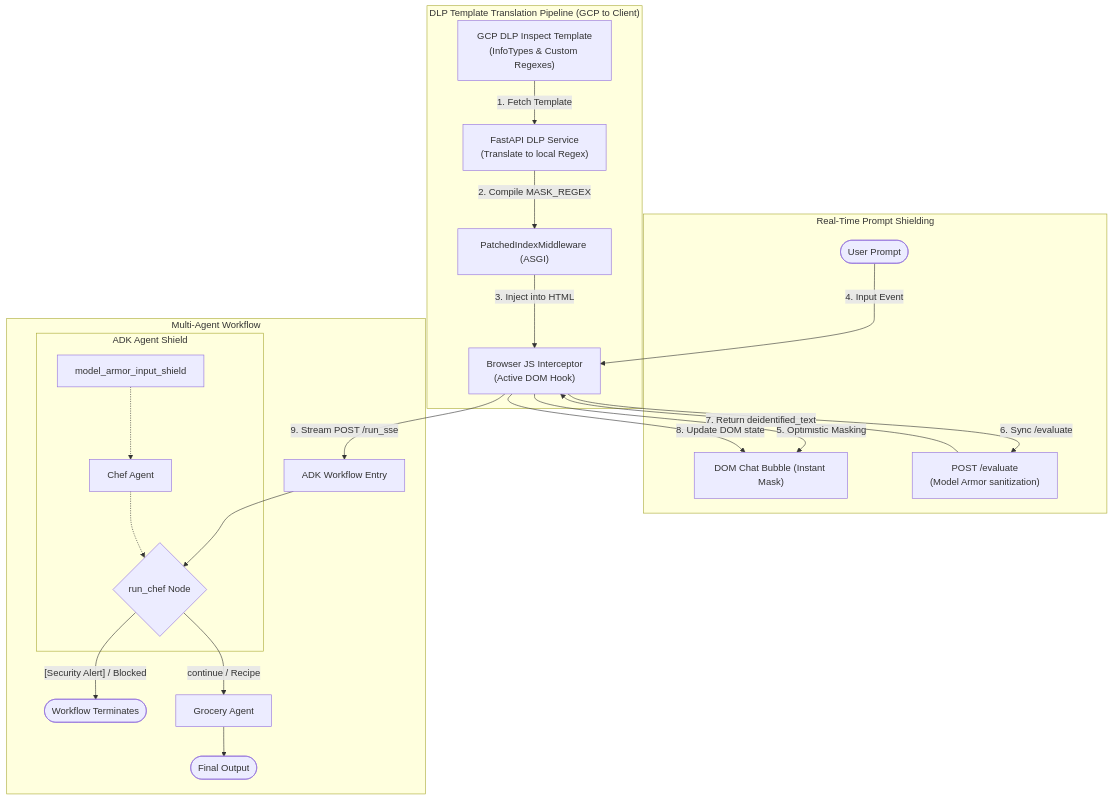
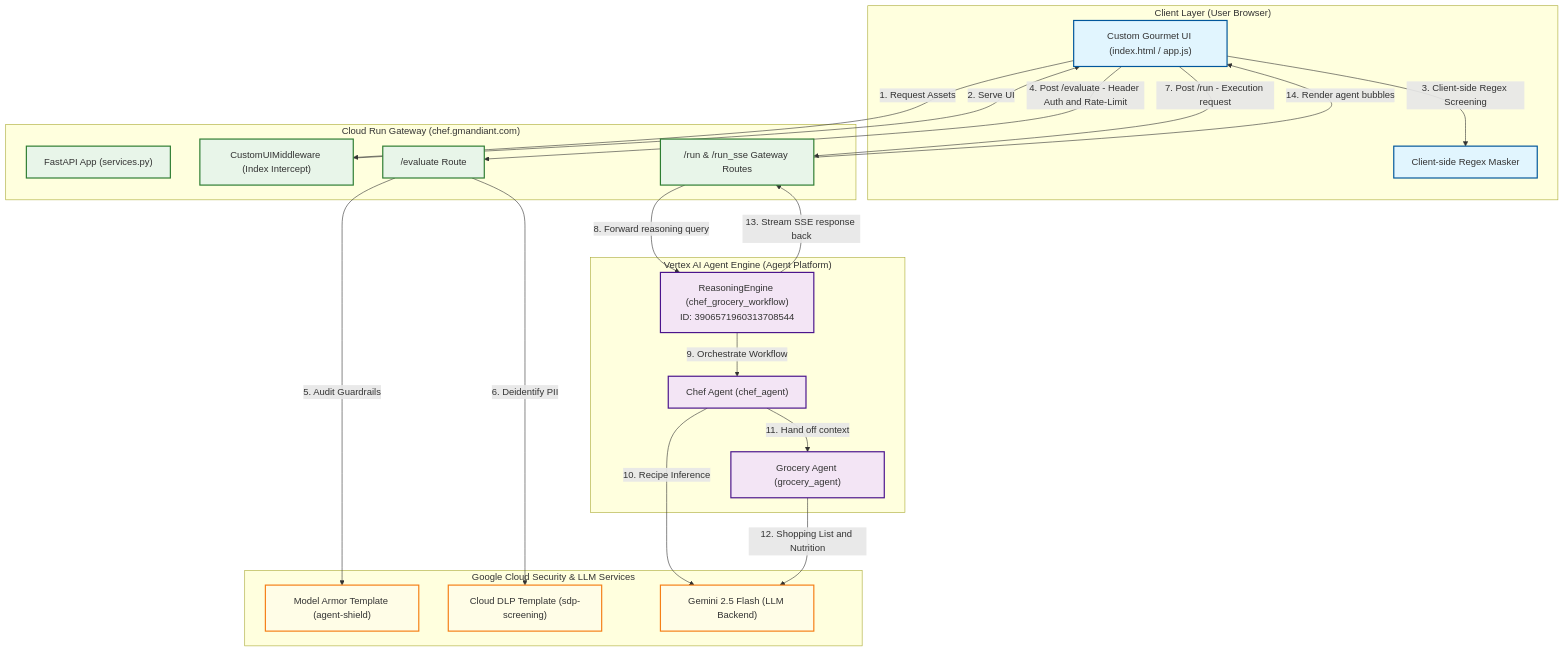
One commit to maorhz/chef-multi-agent changed the second of 2 diagrams in README.md. Above: the diagram before and after it, drawn with Mermaid. The commit also changed other lines of this file, not shown here.

Commit message:
docs: replace old architecture diagram in README with Vertex AI Agent Platform working model

````diff
--- a/README.md
+++ b/README.md
@@ -60,32 +60,57 @@
 ```mermaid
-graph TD
-    %% Subgraph 1: GCP & Translation
-    subgraph "DLP Template Translation Pipeline (GCP to Client)"
-        dlp["GCP DLP Inspect Template<br/>(InfoTypes & Custom Regexes)"] -->|1. Fetch Template| backend["FastAPI DLP Service<br/>(Translate to local Regex)"]
-        backend -->|2. Compile MASK_REGEX| middleware["PatchedIndexMiddleware (ASGI)"]
-        middleware -->|3. Inject into HTML| browser["Browser JS Interceptor<br/>(Active DOM Hook)"]
+flowchart TB
+    %% Nodes
+    subgraph ClientLayer ["Client Layer (User Browser)"]
+        UI["Custom Gourmet UI (index.html / app.js)"]
+        RegexMask["Client-side Regex Masker"]
     end
 
-    %% Subgraph 2: Runtime Shielding
-    subgraph "Real-Time Prompt Shielding"
-        User([User Prompt]) -->|4. Input Event| browser
-        browser -->|5. Optimistic Masking| dom["DOM Chat Bubble (Instant Mask)"]
-        browser -->|6. Sync /evaluate| evaluate["POST /evaluate<br/>(Model Armor sanitization)"]
-        evaluate -->|7. Return deidentified_text| browser
-        browser -->|8. Update DOM state| dom
+    subgraph GatewayLayer ["Cloud Run Gateway (chef.gmandiant.com)"]
+        WebServer["FastAPI App (services.py)"]
+        UIMiddleware["CustomUIMiddleware (Index Intercept)"]
+        EvalAPI["/evaluate Route"]
+        RunAPI["/run & /run_sse Gateway Routes"]
     end
 
-    %% Subgraph 3: Workflow Execution
-    subgraph "Multi-Agent Workflow"
-        browser -->|9. Stream POST /run_sse| workflow["ADK Workflow Entry"]
-        workflow --> run_chef{run_chef Node}
-        run_chef -- "[Security Alert] / Blocked" --> Halt([Workflow Terminates])
-        run_chef -- "continue / Recipe" --> Grocery[Grocery Agent]
-        Grocery --> Output([Final Output])
-        
-        subgraph ADK Agent Shield
-            callback[model_armor_input_shield] -.-> chef_agent[Chef Agent]
-            chef_agent -.-> run_chef
-        end
+    subgraph PlatformLayer ["Vertex AI Agent Engine (Agent Platform)"]
+        RE["ReasoningEngine (chef_grocery_workflow)<br/>ID: 3906571960313708544"]
+        ChefAgent["Chef Agent (chef_agent)"]
+        GroceryAgent["Grocery Agent (grocery_agent)"]
     end
+
+    subgraph SecurityLayer ["Google Cloud Security & LLM Services"]
+        MA["Model Armor Template (agent-shield)"]
+        DLP["Cloud DLP Template (sdp-screening)"]
+        Gemini["Gemini 2.5 Flash (LLM Backend)"]
+    end
+
+    %% Flow Connections
+    UI -->|1. Request Assets| UIMiddleware
+    UIMiddleware -->|2. Serve UI| UI
+    UI -->|3. Client-side Regex Screening| RegexMask
+    UI -->|4. Post /evaluate - Header Auth and Rate-Limit| EvalAPI
+    
+    EvalAPI -->|5. Audit Guardrails| MA
+    EvalAPI -->|6. Deidentify PII| DLP
+    
+    UI -->|7. Post /run - Execution request| RunAPI
+    RunAPI -->|8. Forward reasoning query| RE
+    
+    RE -->|9. Orchestrate Workflow| ChefAgent
+    ChefAgent -->|10. Recipe Inference| Gemini
+    ChefAgent -->|11. Hand off context| GroceryAgent
+    GroceryAgent -->|12. Shopping List and Nutrition| Gemini
+    RE -->|13. Stream SSE response back| RunAPI
+    RunAPI -->|14. Render agent bubbles| UI
+
+    %% Styling
+    classDef client fill:#e1f5fe,stroke:#01579b,stroke-width:2px;
+    classDef gateway fill:#e8f5e9,stroke:#2e7d32,stroke-width:2px;
+    classDef platform fill:#f3e5f5,stroke:#4a148c,stroke-width:2px;
+    classDef security fill:#fffde7,stroke:#f57f17,stroke-width:2px;
+
+    class UI,RegexMask client;
+    class WebServer,UIMiddleware,EvalAPI,RunAPI gateway;
+    class RE,ChefAgent,GroceryAgent platform;
+    class MA,DLP,Gemini security;
 ```
````
